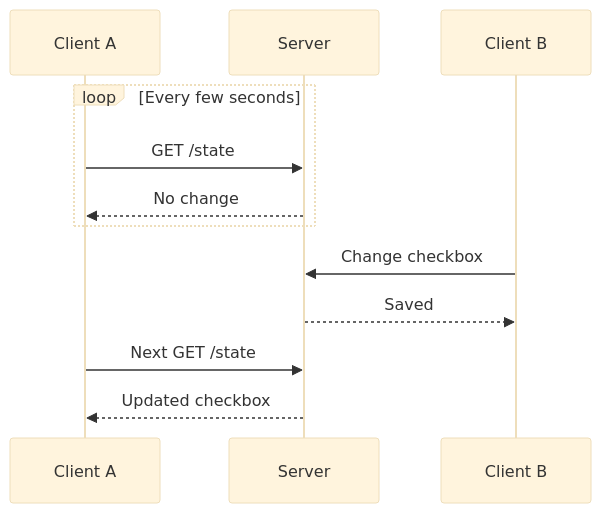
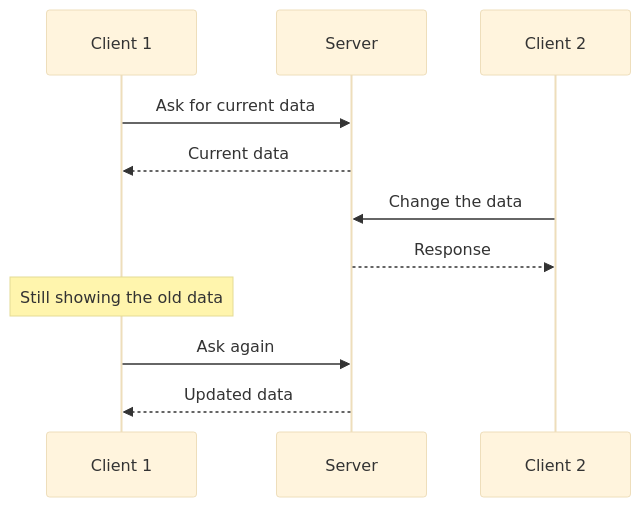
The third of 5 diagrams in redis/WEBSOCKETS.md (vanshbaranwal/backend-projects), drawn with Mermaid (base theme) before and after one commit. The commit also changed other lines of this file and 4 other files, not shown here.

Commit message:
docs: preserve handwritten notes and clarify diagrams

````diff
--- a/redis/WEBSOCKETS.md
+++ b/redis/WEBSOCKETS.md
@@ -56,14 +70,13 @@
 ```mermaid
 sequenceDiagram
-    participant A as Client A
+    participant C1 as Client 1
     participant S as Server
-    participant B as Client B
-    loop Every few seconds
-        A->>S: GET /state
-        S-->>A: No change
-    end
-    B->>S: Change checkbox
-    S-->>B: Saved
-    A->>S: Next GET /state
-    S-->>A: Updated checkbox
+    participant C2 as Client 2
+    C1->>S: Ask for current data
+    S-->>C1: Current data
+    C2->>S: Change the data
+    S-->>C2: Response
+    Note over C1: Still showing the old data
+    C1->>S: Ask again
+    S-->>C1: Updated data
 ```
````
